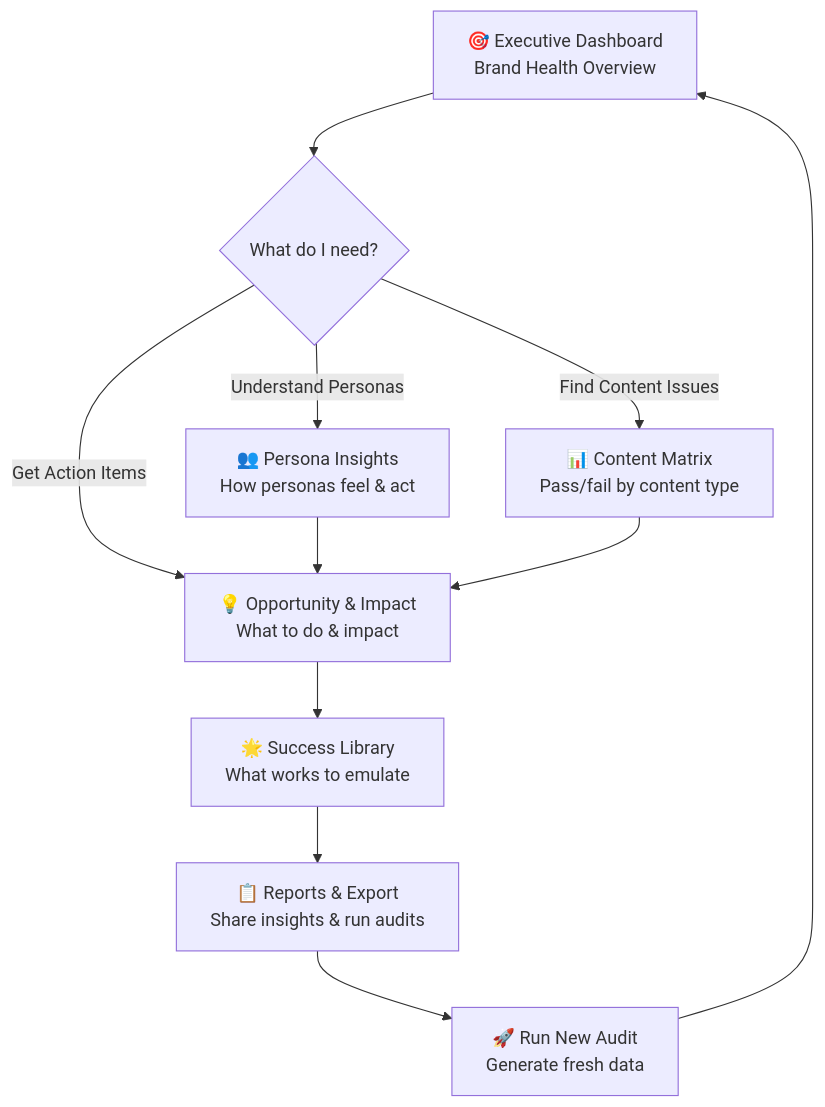
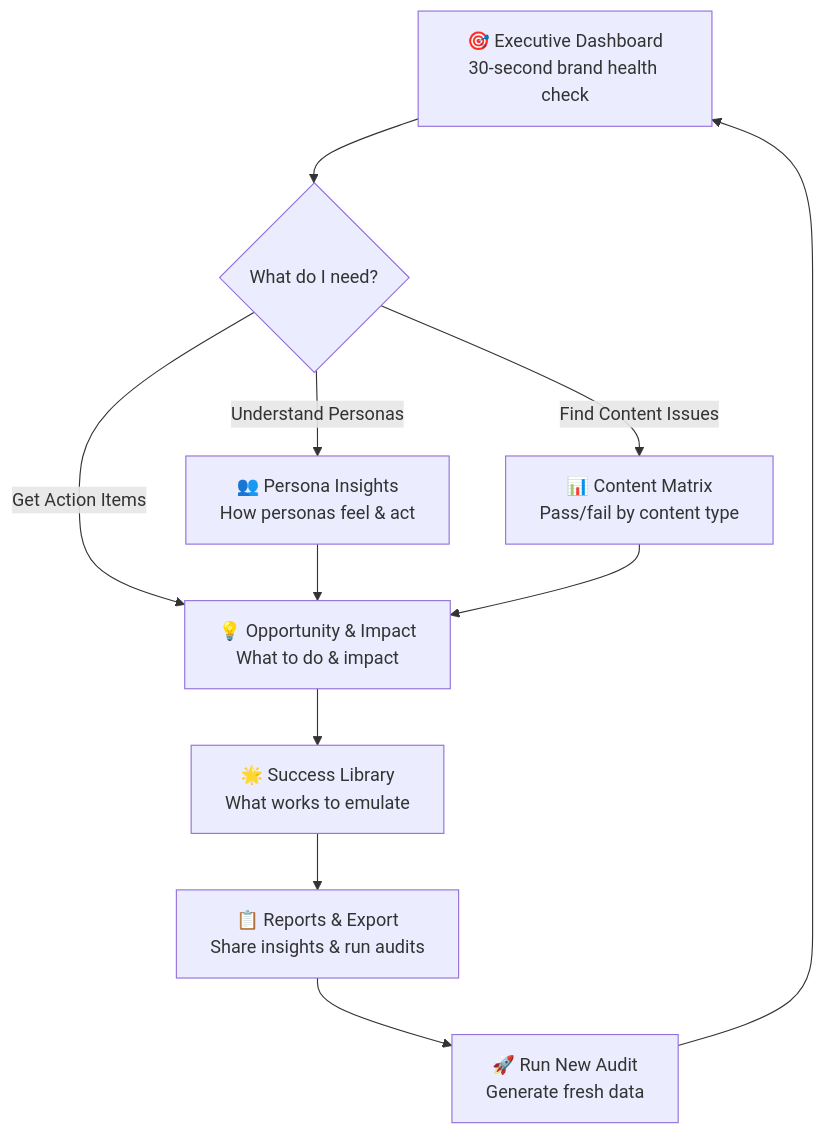
The diagram in product/plans/dashboard_rationalization_plan.md (jasonlmagnus/sopra_steria), drawn with Mermaid before and after one commit. The commit also changed other lines of this file, not shown here.

First line of the commit message:
feat: Updated dashboard rationalization with focused content distribution

````diff
--- a/product/plans/dashboard_rationalization_plan.md
+++ b/product/plans/dashboard_rationalization_plan.md
@@ -87,17 +151,17 @@
 ```mermaid
 graph TD
-    A[🎯 Executive Dashboard<br/>Brand Health Overview] --> B{What do I need?}
+    A[🎯 Executive Dashboard<br/>30-second brand health check] --> B{What do I need?}
 
     B -->|Understand Personas| C[👥 Persona Insights<br/>How personas feel & act]
     B -->|Find Content Issues| D[📊 Content Matrix<br/>Pass/fail by content type]
     B -->|Get Action Items| E[💡 Opportunity & Impact<br/>What to do & impact]
 
     C --> E
     D --> E
 
     E --> F[🌟 Success Library<br/>What works to emulate]
     F --> G[📋 Reports & Export<br/>Share insights & run audits]
 
     G --> H[🚀 Run New Audit<br/>Generate fresh data]
     H --> A
 ```
````
